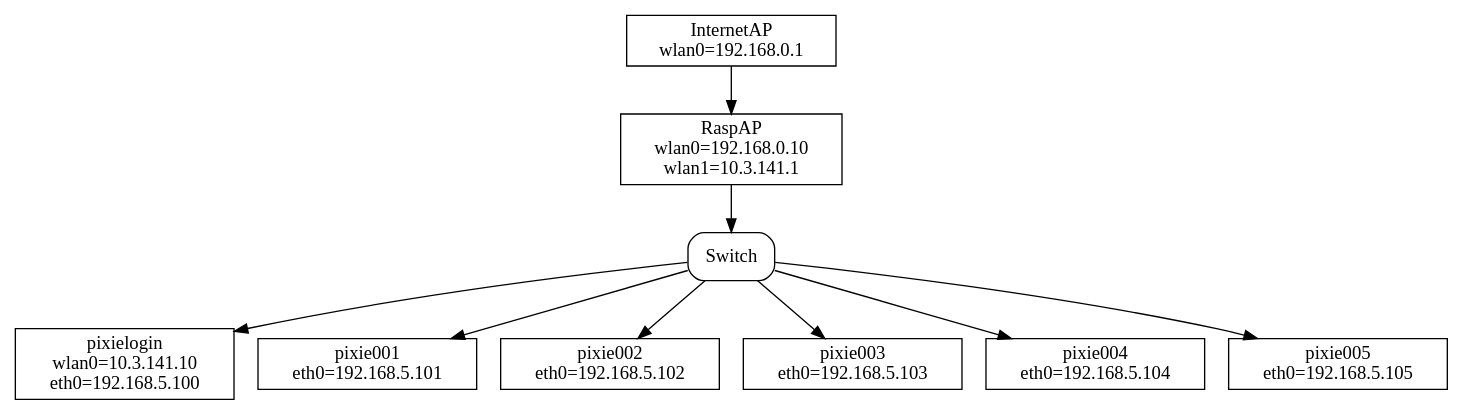
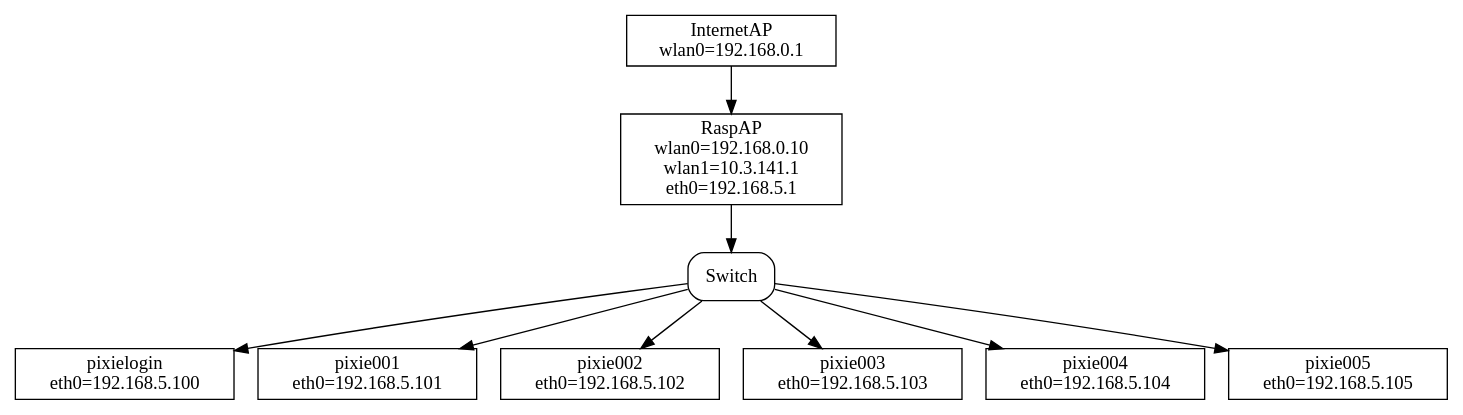
The diagram in documentation/pixieNetwork.qmd (carpentriesoffline/new_website_quarto), drawn with Graphviz before and after one commit. The commit also changed 25 other files, not shown here.

Commit message:
update network diagram

````diff
--- a/documentation/pixieNetwork.qmd
+++ b/documentation/pixieNetwork.qmd
@@ -10,24 +10,24 @@
 ```{dot}
 digraph G { 
   node [shape=box];
 
   InternetAP [label="InternetAP\nwlan0=192.168.0.1"];
-	RaspAP [label="RaspAP\nwlan0=192.168.0.10\nwlan1=10.3.141.1"];
+	RaspAP [label="RaspAP\nwlan0=192.168.0.10\nwlan1=10.3.141.1\neth0=192.168.5.1"];
   Switch [style=rounded, label="Switch"];
-  pixielogin [label="pixielogin\nwlan0=10.3.141.10\neth0=192.168.5.100"];
+  pixielogin [label="pixielogin\neth0=192.168.5.100"];
   pixie001 [label="pixie001\neth0=192.168.5.101"];
   pixie002 [label="pixie002\neth0=192.168.5.102"];
   pixie003 [label="pixie003\neth0=192.168.5.103"];
   pixie004 [label="pixie004\neth0=192.168.5.104"];
   pixie005 [label="pixie005\neth0=192.168.5.105"];
 
 	InternetAP -> RaspAP;
 	RaspAP -> Switch;
 	Switch -> pixielogin;
 	Switch -> pixie001;
 	Switch -> pixie002;
 	Switch -> pixie003;
 	Switch -> pixie004;
 	Switch -> pixie005;
 	}
 ```
````
